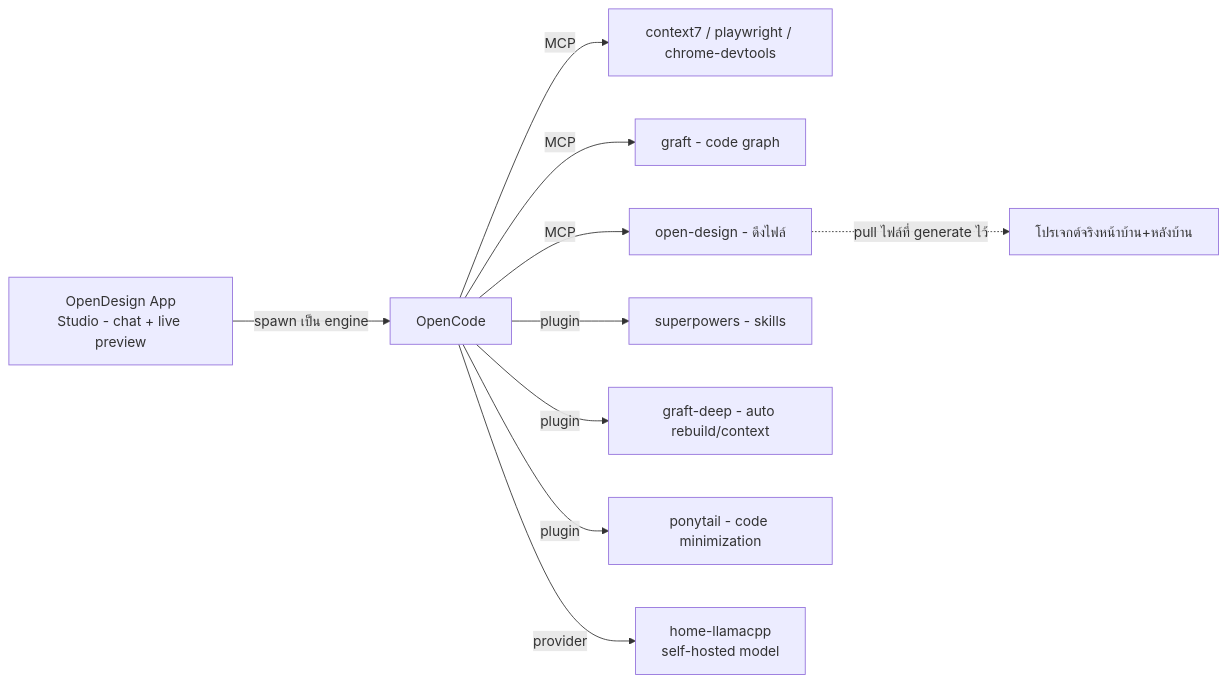
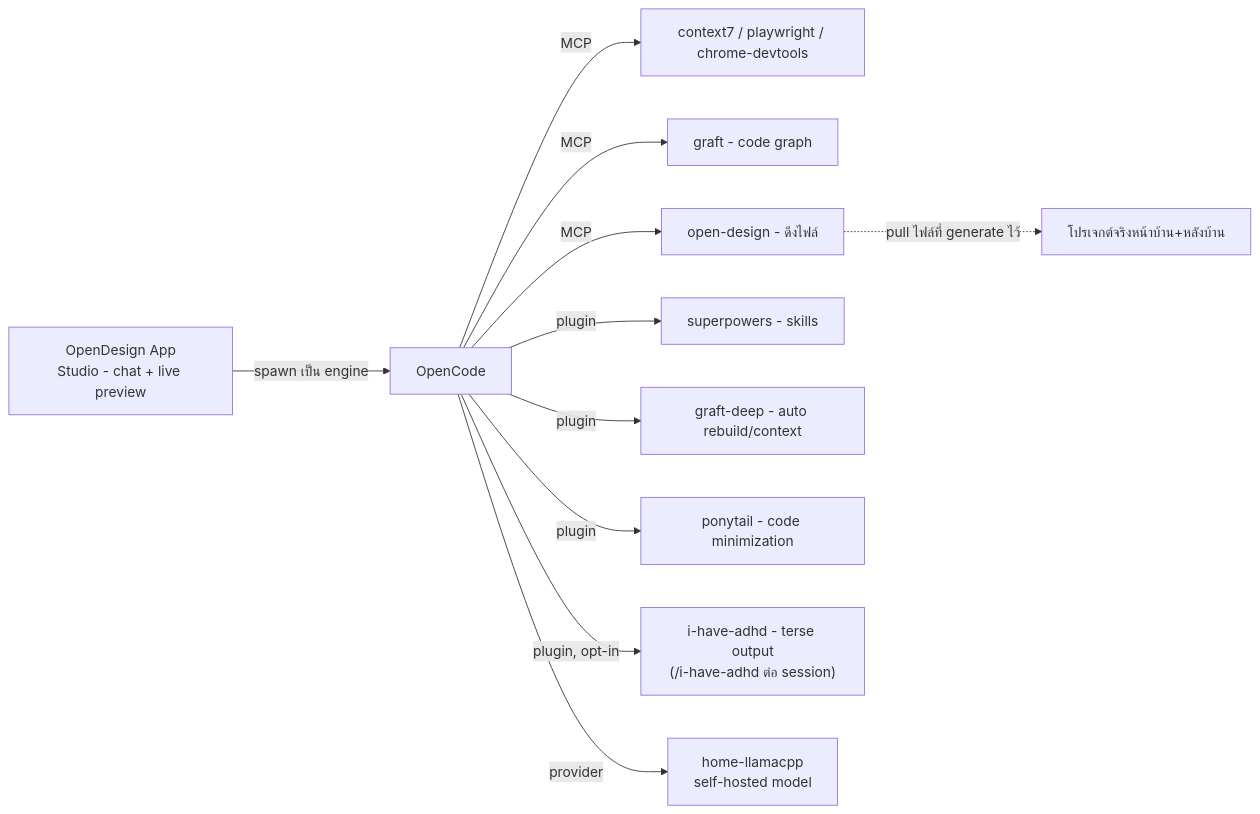
One commit to adcident12/my-manual-opencode changed the first of 3 diagrams in USER-MANUAL.md. Above: the diagram before and after it, drawn with Mermaid. The commit also changed other lines of this file and 3 other files, not shown here.

First line of the commit message:
Document i-have-adhd across setup/updating/user-manual/README

````diff
--- a/USER-MANUAL.md
+++ b/USER-MANUAL.md
@@ -27,12 +27,13 @@
 ```mermaid
 graph LR
     A[OpenDesign App<br/>Studio - chat + live preview] -->|spawn เป็น engine| B[OpenCode]
     B -->|MCP| C[context7 / playwright / chrome-devtools]
     B -->|MCP| D[graft - code graph]
     B -->|MCP| E[open-design - ดึงไฟล์]
     B -->|plugin| F[superpowers - skills]
     B -->|plugin| G[graft-deep - auto rebuild/context]
     B -->|plugin| L[ponytail - code minimization]
+    B -->|plugin, opt-in| M["i-have-adhd - terse output<br/>(/i-have-adhd ต่อ session)"]
     B -->|provider| H[home-llamacpp<br/>self-hosted model]
     E -.->|pull ไฟล์ที่ generate ไว้| I[โปรเจกต์จริงหน้าบ้าน+หลังบ้าน]
 ```
````
